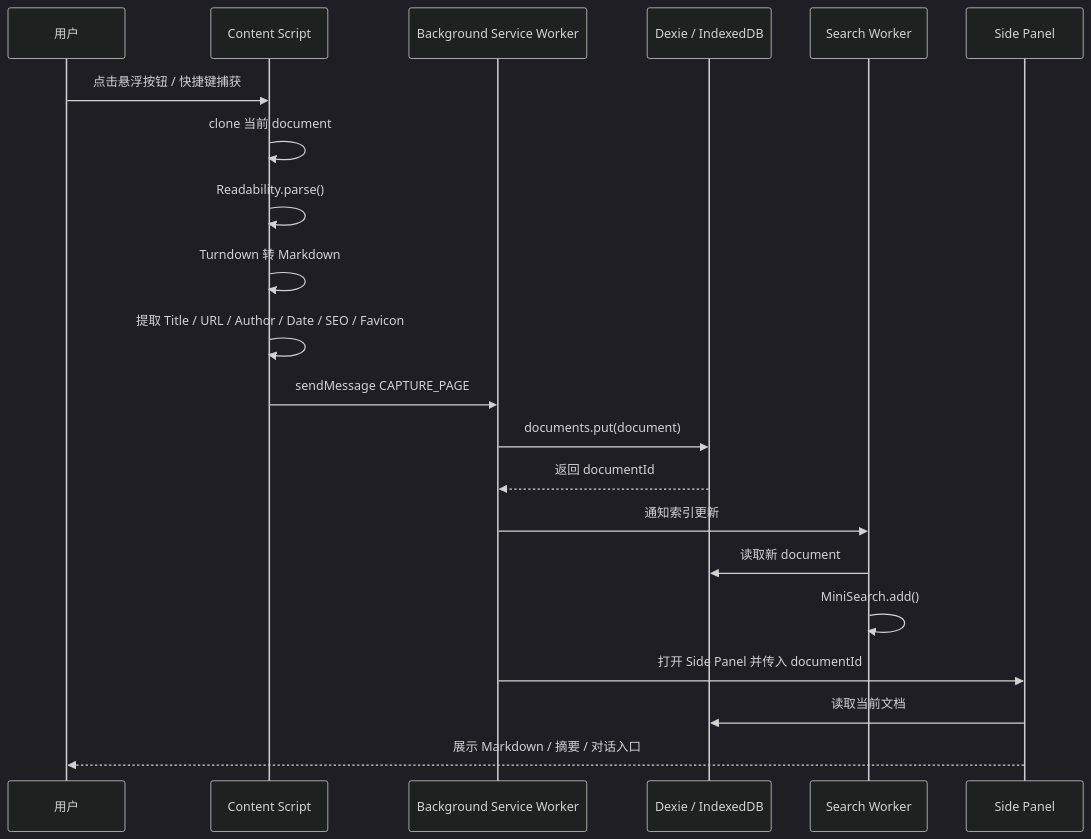
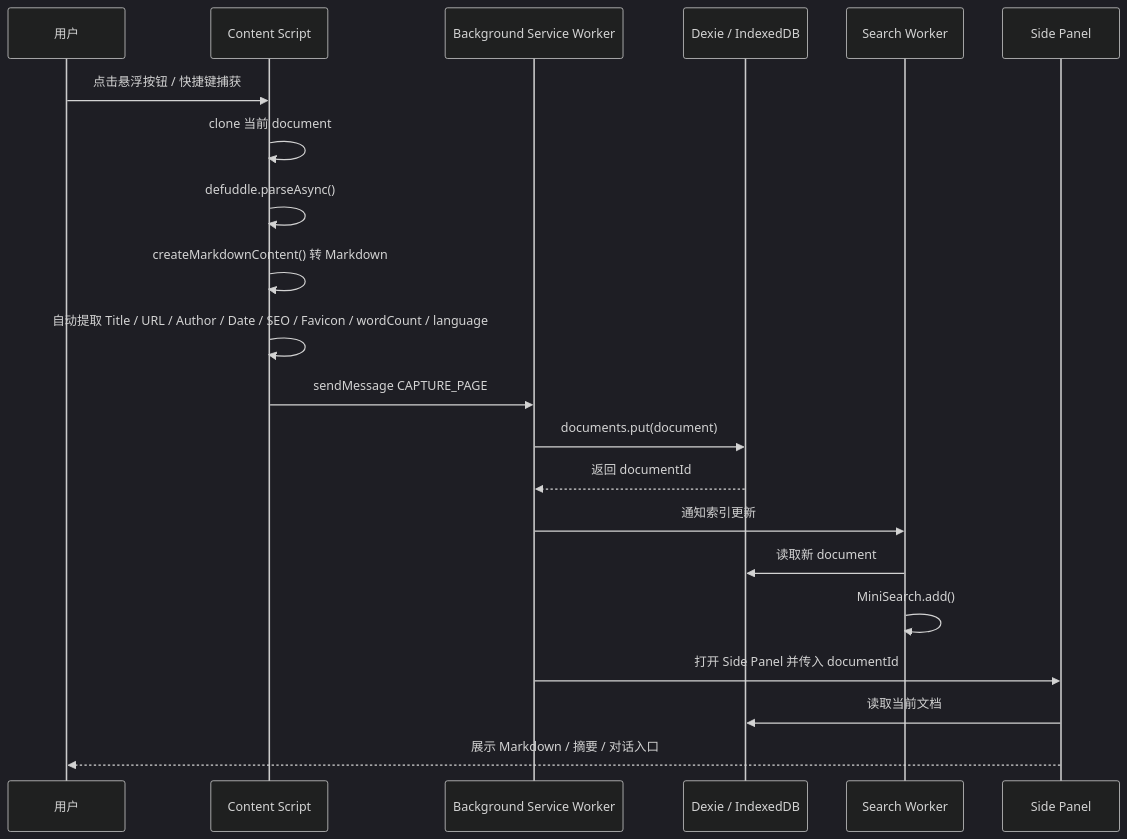
Before and after one commit to qqlcx5/ai-reader: the third of 14 diagrams in doc/detail.md, drawn with Mermaid (dark theme). The commit also changed other lines of this file and 10 other files, not shown here.

````diff
--- a/doc/detail.md
+++ b/doc/detail.md
@@ -173,24 +166,24 @@
 ```mermaid
 sequenceDiagram
   participant U as 用户
   participant CS as Content Script
   participant BG as Background Service Worker
   participant DB as Dexie / IndexedDB
   participant SW as Search Worker
   participant UI as Side Panel
 
   U->>CS: 点击悬浮按钮 / 快捷键捕获
   CS->>CS: clone 当前 document
-  CS->>CS: Readability.parse()
-  CS->>CS: Turndown 转 Markdown
-  CS->>CS: 提取 Title / URL / Author / Date / SEO / Favicon
+  CS->>CS: defuddle.parseAsync()
+  CS->>CS: createMarkdownContent() 转 Markdown
+  CS->>CS: 自动提取 Title / URL / Author / Date / SEO / Favicon / wordCount / language
   CS->>BG: sendMessage CAPTURE_PAGE
   BG->>DB: documents.put(document)
   DB-->>BG: 返回 documentId
   BG->>SW: 通知索引更新
   SW->>DB: 读取新 document
   SW->>SW: MiniSearch.add()
   BG->>UI: 打开 Side Panel 并传入 documentId
   UI->>DB: 读取当前文档
   UI-->>U: 展示 Markdown / 摘要 / 对话入口
 ```
````
